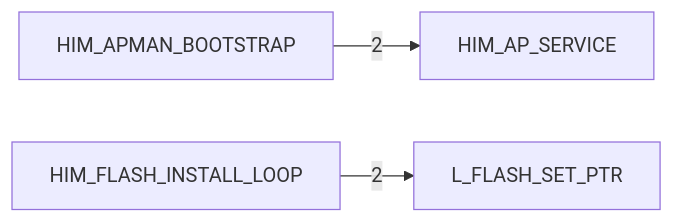
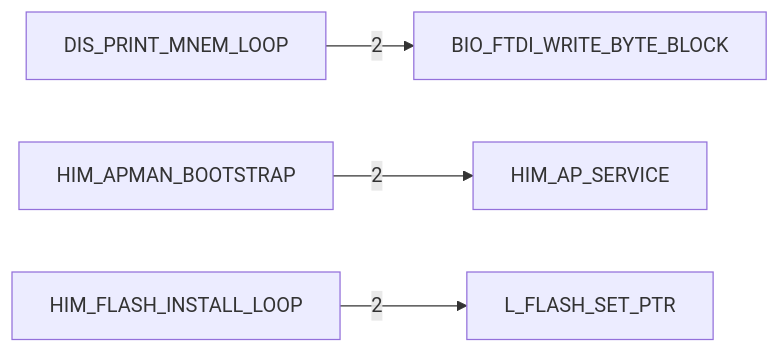
The fifth of 6 diagrams in DOC/GENERATED/HIMON_ROUTINE_TREE.md (95westus/R-YORS), drawn with Mermaid before and after one commit. The commit also changed other lines of this file and 85 other files, not shown here.

````diff
--- a/DOC/GENERATED/HIMON_ROUTINE_TREE.md
+++ b/DOC/GENERATED/HIMON_ROUTINE_TREE.md
@@ -80,5 +80,6 @@
 ```mermaid
 flowchart LR
+    N_DIS_PRINT_MNEM_LOOP[DIS_PRINT_MNEM_LOOP] -->|2| N_BIO_FTDI_WRITE_BYTE_BLOCK[BIO_FTDI_WRITE_BYTE_BLOCK]
     N_HIM_APMAN_BOOTSTRAP[HIM_APMAN_BOOTSTRAP] -->|2| N_HIM_AP_SERVICE[HIM_AP_SERVICE]
     N_HIM_FLASH_INSTALL_LOOP[HIM_FLASH_INSTALL_LOOP] -->|2| N_L_FLASH_SET_PTR[L_FLASH_SET_PTR]
 ```
````
